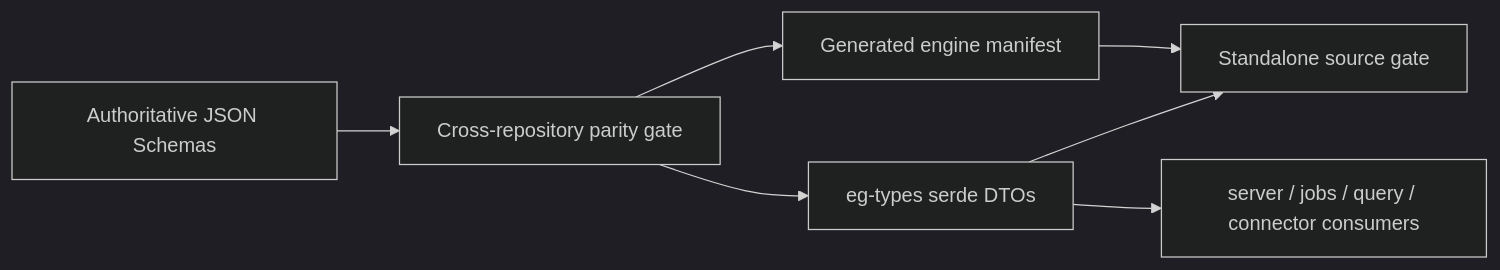
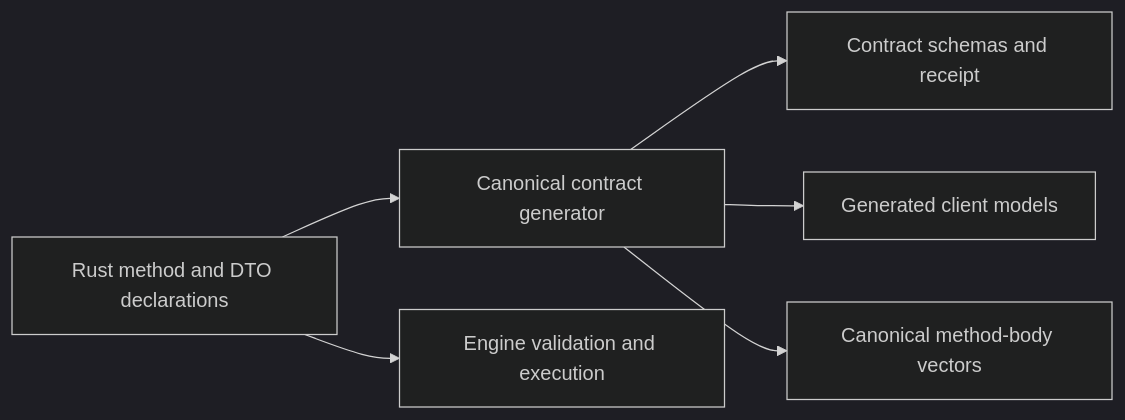
One commit to Knuckles-Team/epistemic-graph changed the diagram in docs/interfaces/epistemic_operations.md. Above: the diagram before and after it, drawn with Mermaid (dark theme). The commit also changed other lines of this file and 9 other files, not shown here.

Commit message:
Preserve lane and claim validation in generated contracts

````diff
--- a/docs/interfaces/epistemic_operations.md
+++ b/docs/interfaces/epistemic_operations.md
@@ -18,9 +18,8 @@
 ```mermaid
 flowchart LR
-    Schema[Authoritative JSON Schemas] --> CrossGate[Cross-repository parity gate]
-    CrossGate --> Manifest[Generated engine manifest]
-    CrossGate --> DTO[eg-types serde DTOs]
-    Manifest --> EngineGate[Standalone source gate]
-    DTO --> EngineGate
-    DTO --> Consumers[server / jobs / query / connector consumers]
+    Rust[Rust method and DTO declarations] --> Generator[Canonical contract generator]
+    Generator --> Schemas[Contract schemas and receipt]
+    Generator --> Clients[Generated client models]
+    Generator --> Vectors[Canonical method-body vectors]
+    Rust --> Engine[Engine validation and execution]
 ```
````
